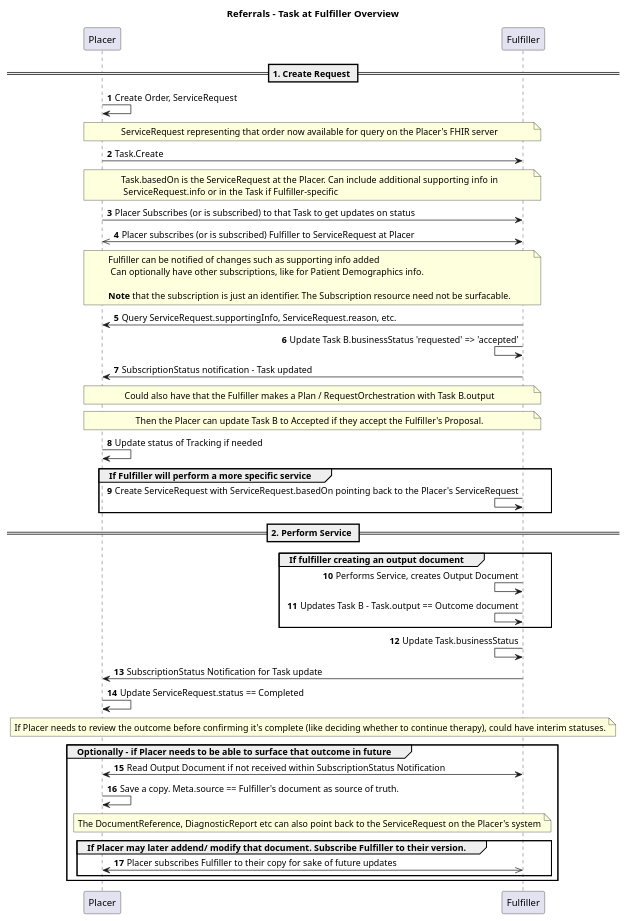
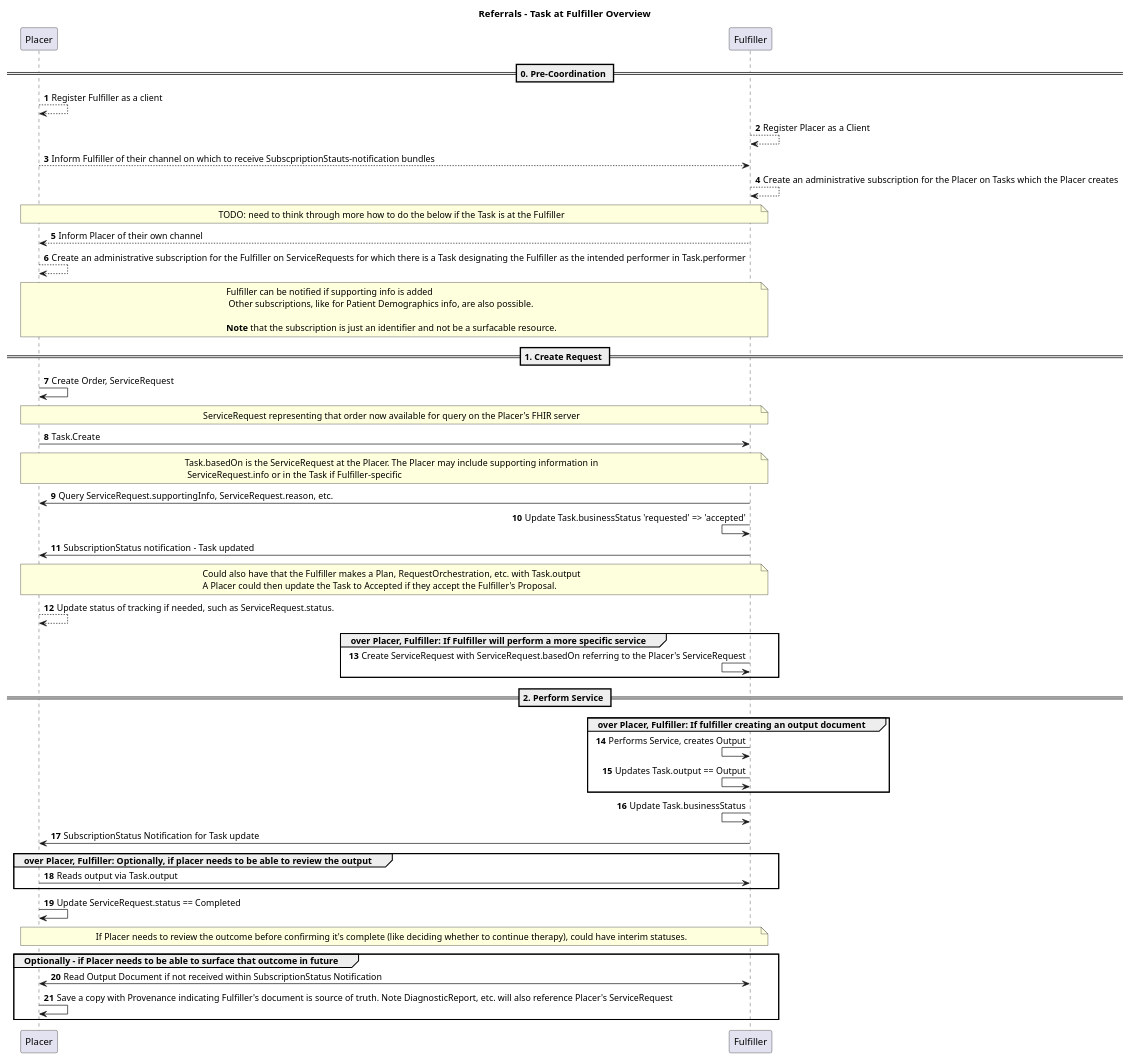
Before and after one commit to brianswinkels/fhir-cow-ig: the diagram in input/images-source/subscriptions-general-example-task-at-fulfiller.plantuml, drawn with PlantUML.

```diff
--- a/input/images-source/subscriptions-general-example-task-at-fulfiller.plantuml
+++ b/input/images-source/subscriptions-general-example-task-at-fulfiller.plantuml
@@ -1,62 +1,71 @@
 @startuml
 title Referrals - Task at Fulfiller Overview
 
 autonumber
+
+== 0. Pre-Coordination ==
+
+Placer --> Placer: Register Fulfiller as a client
+
+Fulfiller --> Fulfiller: Register Placer as a Client
+
+Placer --> Fulfiller: Inform Fulfiller of their channel on which to receive SubscpriptionStauts-notification bundles
+
+Fulfiller --> Fulfiller: Create an administrative subscription for the Placer on Tasks which the Placer creates 
+
+note over Placer, Fulfiller: TODO: need to think through more how to do the below if the Task is at the Fulfiller
+Fulfiller --> Placer: Inform Placer of their own channel
+
+Placer --> Placer: Create an administrative subscription for the Fulfiller on ServiceRequests for which there is a Task designating the Fulfiller as the intended performer in Task.performer
+
+note over Placer, Fulfiller: Fulfiller can be notified if supporting info is added\n Other subscriptions, like for Patient Demographics info, are also possible.\n\n**Note** that the subscription is just an identifier and not be a surfacable resource.
+
 
 == 1. Create Request ==
 Placer -> Placer: Create Order, ServiceRequest
 
 note over Placer, Fulfiller: ServiceRequest representing that order now available for query on the Placer's FHIR server
 
 Placer -> Fulfiller: Task.Create
 
-note over Placer, Fulfiller: Task.basedOn is the ServiceRequest at the Placer. Can include additional supporting info in\n ServiceRequest.info or in the Task if Fulfiller-specific
-
-Placer -> Fulfiller: Placer Subscribes (or is subscribed) to that Task to get updates on status
-
-Fulfiller <->> Placer: Placer subscribes (or is subscribed) Fulfiller to ServiceRequest at Placer
-
-note over Placer, Fulfiller: Fulfiller can be notified of changes such as supporting info added\n Can optionally have other subscriptions, like for Patient Demographics info.\n\n**Note** that the subscription is just an identifier. The Subscription resource need not be surfacable.
+note over Placer, Fulfiller: Task.basedOn is the ServiceRequest at the Placer. The Placer may include supporting information in\n ServiceRequest.info or in the Task if Fulfiller-specific
 
 Fulfiller -> Placer: Query ServiceRequest.supportingInfo, ServiceRequest.reason, etc.
 
-Fulfiller <- Fulfiller: Update Task B.businessStatus 'requested' => 'accepted'
+Fulfiller <- Fulfiller: Update Task.businessStatus 'requested' => 'accepted'
 
 Fulfiller -> Placer: SubscriptionStatus notification - Task updated
 
-note over Placer, Fulfiller: Could also have that the Fulfiller makes a Plan / RequestOrchestration with Task B.output
+note over Placer, Fulfiller: Could also have that the Fulfiller makes a Plan, RequestOrchestration, etc. with Task.output\nA Placer could then update the Task to Accepted if they accept the Fulfiller's Proposal.
 
-note over Placer, Fulfiller: Then the Placer can update Task B to Accepted if they accept the Fulfiller's Proposal.
+Placer --> Placer: Update status of tracking if needed, such as ServiceRequest.status. 
 
-Placer -> Placer: Update status of Tracking if needed
-
-group If Fulfiller will perform a more specific service
-    Fulfiller <- Fulfiller: Create ServiceRequest with ServiceRequest.basedOn pointing back to the Placer's ServiceRequest
+group over Placer, Fulfiller: If Fulfiller will perform a more specific service
+    Fulfiller <- Fulfiller: Create ServiceRequest with ServiceRequest.basedOn referring to the Placer's ServiceRequest
 end
 
 == 2. Perform Service ==
 
-group If fulfiller creating an output document
-    Fulfiller <- Fulfiller: Performs Service, creates Output Document
-    Fulfiller <- Fulfiller: Updates Task B - Task.output == Outcome document
+group over Placer, Fulfiller: If fulfiller creating an output document
+    Fulfiller <- Fulfiller: Performs Service, creates Output
+    Fulfiller <- Fulfiller: Updates Task.output == Output
 end
 
 Fulfiller <- Fulfiller: Update Task.businessStatus
 
 Fulfiller -> Placer: SubscriptionStatus Notification for Task update
+
+group over Placer, Fulfiller: Optionally, if placer needs to be able to review the output
+    Placer -> Fulfiller: Reads output via Task.output
+end
 
 Placer -> Placer: Update ServiceRequest.status == Completed
 
 note over Placer, Fulfiller: If Placer needs to review the outcome before confirming it's complete (like deciding whether to continue therapy), could have interim statuses.
 
 group Optionally - if Placer needs to be able to surface that outcome in future
     Placer <-> Fulfiller: Read Output Document if not received within SubscriptionStatus Notification
-    Placer -> Placer: Save a copy. Meta.source == Fulfiller's document as source of truth.
-
-    note over Placer, Fulfiller: The DocumentReference, DiagnosticReport etc can also point back to the ServiceRequest on the Placer's system
-
-    group If Placer may later addend/ modify that document. Subscribe Fulfiller to their version.
-        Placer <->> Fulfiller: Placer subscribes Fulfiller to their copy for sake of future updates
-    end
+    Placer -> Placer: Save a copy with Provenance indicating Fulfiller's document is source of truth. Note DiagnosticReport, etc. will also reference Placer's ServiceRequest
+   
 end
 @enduml
```
